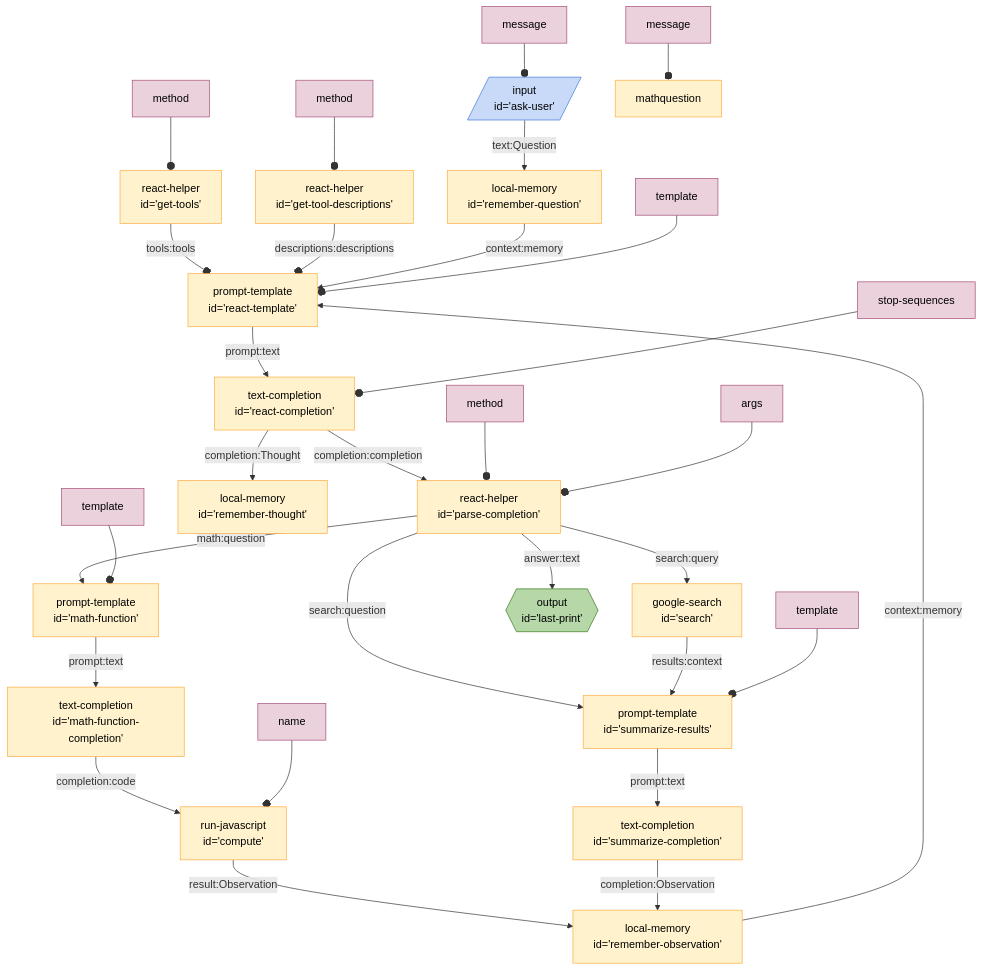
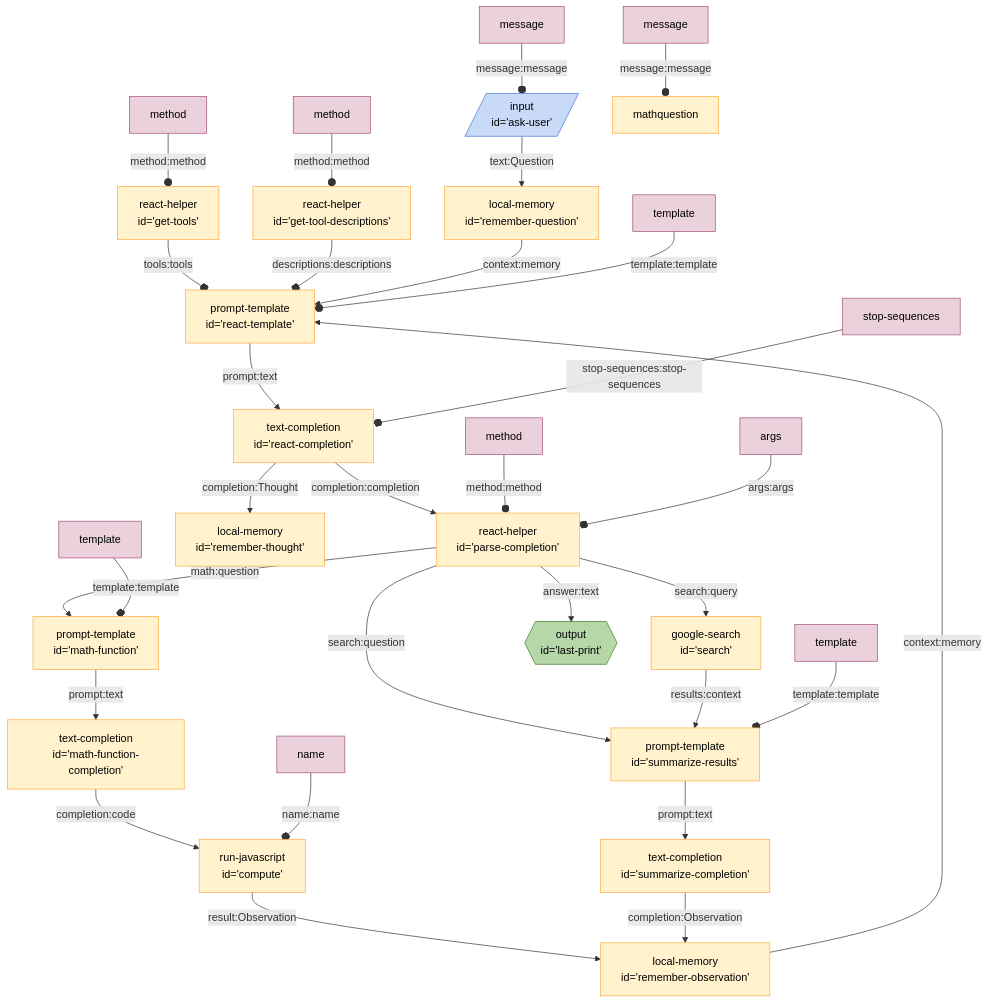
The diagram in seeds/graph-playground/docs/graphs/react.md (breadboard-ai/breadboard), drawn with Mermaid before and after one commit. The commit also changed 13 other files, not shown here.

Commit message:
[graph] Add proper edge markers for constants.

````diff
--- a/seeds/graph-playground/docs/graphs/react.md
+++ b/seeds/graph-playground/docs/graphs/react.md
@@ -4,76 +4,76 @@
 ```mermaid
 %%{init: 'themeVariables': { 'fontFamily': 'Fira Code, monospace' }}%%
 graph TD;
 gettools["react-helper
 id='get-tools'"] -- tools:tools --o reacttemplate["prompt-template
 id='react-template'"]
 gettooldescriptions["react-helper
 id='get-tool-descriptions'"] -- descriptions:descriptions --o reacttemplate["prompt-template
 id='react-template'"]
 askuser[/"input
 id='ask-user'"/]:::input -- text:Question --> rememberquestion["local-memory
 id='remember-question'"]
 rememberquestion["local-memory
 id='remember-question'"] -- context:memory --> reacttemplate["prompt-template
 id='react-template'"]
 reacttemplate["prompt-template
 id='react-template'"] -- prompt:text --> reactcompletion["text-completion
 id='react-completion'"]
 reactcompletion["text-completion
 id='react-completion'"] -- completion:completion --> parsecompletion["react-helper
 id='parse-completion'"]
 reactcompletion["text-completion
 id='react-completion'"] -- completion:Thought --> rememberthought["local-memory
 id='remember-thought'"]
 parsecompletion["react-helper
 id='parse-completion'"] -- search:query --> search["google-search
 id='search'"]
 parsecompletion["react-helper
 id='parse-completion'"] -- math:question --> mathfunction["prompt-template
 id='math-function'"]
 parsecompletion["react-helper
 id='parse-completion'"] -- search:question --> summarizeresults["prompt-template
 id='summarize-results'"]
 search["google-search
 id='search'"] -- results:context --> summarizeresults["prompt-template
 id='summarize-results'"]
 summarizeresults["prompt-template
 id='summarize-results'"] -- prompt:text --> summarizecompletion["text-completion
 id='summarize-completion'"]
 mathfunction["prompt-template
 id='math-function'"] -- prompt:text --> mathfunctioncompletion["text-completion
 id='math-function-completion'"]
 mathfunctioncompletion["text-completion
 id='math-function-completion'"] -- completion:code --> compute["run-javascript
 id='compute'"]
 compute["run-javascript
 id='compute'"] -- result:Observation --> rememberobservation["local-memory
 id='remember-observation'"]
 summarizecompletion["text-completion
 id='summarize-completion'"] -- completion:Observation --> rememberobservation["local-memory
 id='remember-observation'"]
 rememberobservation["local-memory
 id='remember-observation'"] -- context:memory --> reacttemplate["prompt-template
 id='react-template'"]
 parsecompletion["react-helper
 id='parse-completion'"] -- answer:text --> lastprint{{"output
 id='last-print'"}}:::output
-templatereacttemplate[template]:::config --o reacttemplate
-messageaskuser[message]:::config --o askuser
-stopsequencesreactcompletion[stop-sequences]:::config --o reactcompletion
-methodgettools[method]:::config --o gettools
-methodgettooldescriptions[method]:::config --o gettooldescriptions
-methodparsecompletion[method]:::config --o parsecompletion
-argsparsecompletion[args]:::config --o parsecompletion
-templatesummarizeresults[template]:::config --o summarizeresults
-messagemathquestion[message]:::config --o mathquestion
-templatemathfunction[template]:::config --o mathfunction
-namecompute[name]:::config --o compute
+templatereacttemplate[template]:::config -- template:template --o reacttemplate
+messageaskuser[message]:::config -- message:message --o askuser
+stopsequencesreactcompletion[stop-sequences]:::config -- stop-sequences:stop-sequences --o reactcompletion
+methodgettools[method]:::config -- method:method --o gettools
+methodgettooldescriptions[method]:::config -- method:method --o gettooldescriptions
+methodparsecompletion[method]:::config -- method:method --o parsecompletion
+argsparsecompletion[args]:::config -- args:args --o parsecompletion
+templatesummarizeresults[template]:::config -- template:template --o summarizeresults
+messagemathquestion[message]:::config -- message:message --o mathquestion
+templatemathfunction[template]:::config -- template:template --o mathfunction
+namecompute[name]:::config -- name:name --o compute
 classDef default stroke:#ffab40,fill:#fff2ccff,color:#000
 classDef input stroke:#3c78d8,fill:#c9daf8ff,color:#000
 classDef output stroke:#38761d,fill:#b6d7a8ff,color:#000
 classDef passthrough stroke:#a64d79,fill:#ead1dcff,color:#000
 classDef slot stroke:#a64d79,fill:#ead1dcff,color:#000
 classDef config stroke:#a64d79,fill:#ead1dcff,color:#000
 classDef slotted stroke:#a64d79
 ```
````
